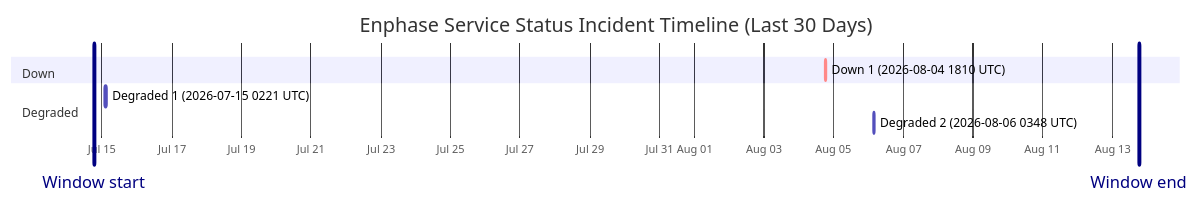
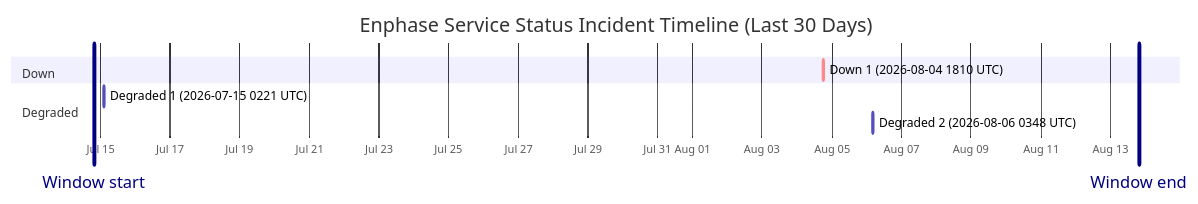
One commit to barneyonline/ha-enphase-energy changed the diagram in wiki/Service-Status-History.md. Above: the diagram before and after it, drawn with Mermaid. The commit also changed other lines of this file and 3 other files, not shown here.

````diff
--- a/wiki/Service-Status-History.md
+++ b/wiki/Service-Status-History.md
@@ -14,13 +14,13 @@
 ```mermaid
 gantt
     title Enphase Service Status Incident Timeline (Last 30 Days)
     dateFormat  YYYY-MM-DDTHH:mm:ss
     axisFormat  %b %d
-    Window start :vert, window-start, 2026-07-14T18:27:54, 0ms
-    Window end :vert, window-end, 2026-08-13T18:27:54, 0ms
+    Window start :vert, window-start, 2026-07-14T19:35:27, 0ms
+    Window end :vert, window-end, 2026-08-13T19:35:27, 0ms
     section Down
     Down 1 (2026-08-04 1810 UTC) :crit, down-1, 2026-08-04T18:10:46, 60m
     section Degraded
     Degraded 1 (2026-07-15 0221 UTC) :active, degraded-1, 2026-07-15T02:21:35, 60m
     Degraded 2 (2026-08-06 0348 UTC) :active, degraded-2, 2026-08-06T03:48:14, 60m
 ```
````
